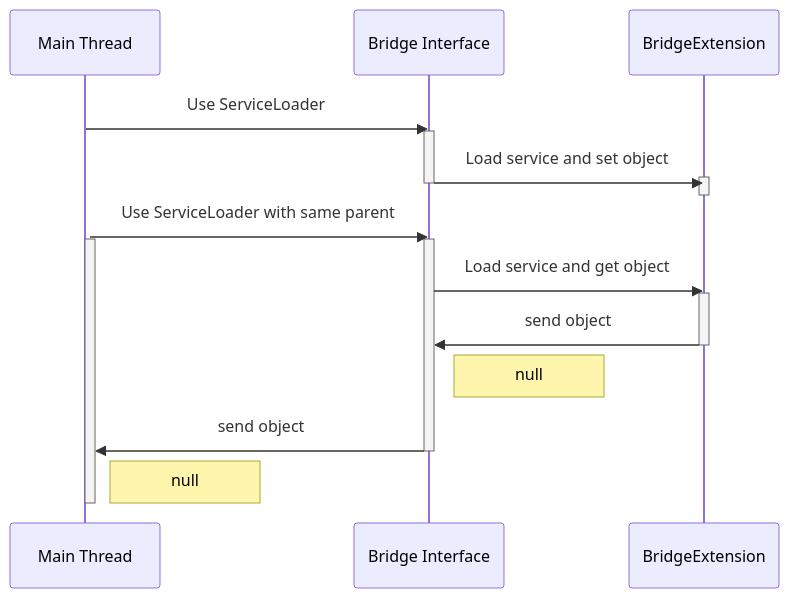
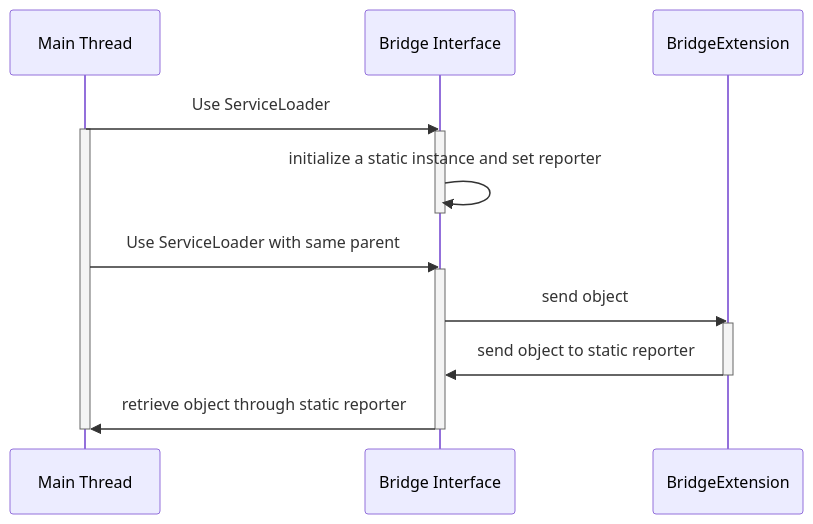
Before and after one commit to Xenowa/ballerina-tool-plugin-bridge: the diagram in README.md, drawn with Mermaid.

Commit message:
Updated README file

````diff
--- a/README.md
+++ b/README.md
@@ -3,25 +3,20 @@
 ```mermaid
 sequenceDiagram
     participant Main Thread
     participant Bridge Interface
     participant BridgeExtension
     Main Thread ->> Bridge Interface: Use ServiceLoader
     activate Main Thread
     activate Bridge Interface
-    Bridge Interface ->> BridgeExtension: Load service and set object
+    Bridge Interface ->> Bridge Interface: initialize a static instance and set reporter
     deactivate Bridge Interface
+    Main Thread ->> Bridge Interface: Use ServiceLoader with same parent
+    activate Bridge Interface
+    Bridge Interface ->> BridgeExtension: send object
     activate BridgeExtension
+    BridgeExtension ->> Bridge Interface: send object to static reporter
     deactivate BridgeExtension
-    Main Thread ->> Bridge Interface: Use ServiceLoader with same parent
-    activate Main Thread
-    activate Bridge Interface
-    Bridge Interface ->> BridgeExtension: Load service and get object
-    activate BridgeExtension
-    BridgeExtension ->> Bridge Interface: send object
-    deactivate BridgeExtension
-    Note right of Bridge Interface: null
-    Bridge Interface ->> Main Thread: send object
+    Bridge Interface ->> Main Thread: retrieve object through static reporter
     deactivate Bridge Interface
-    Note right of Main Thread: null
     deactivate Main Thread
 ```
````
